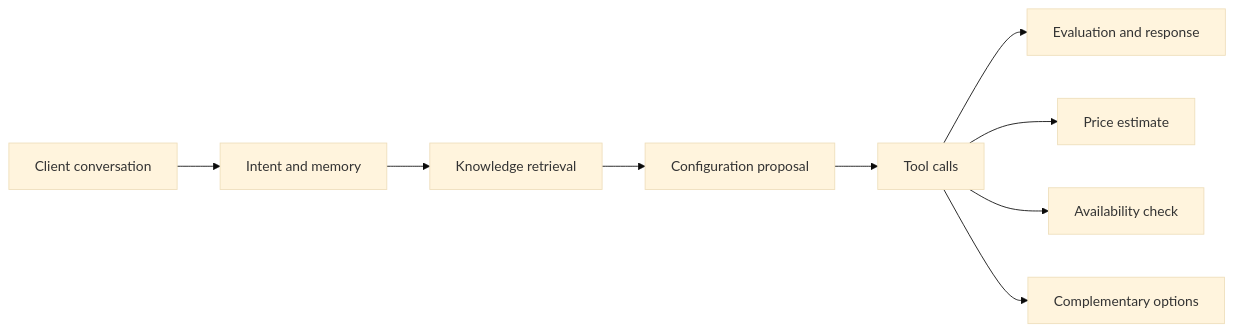
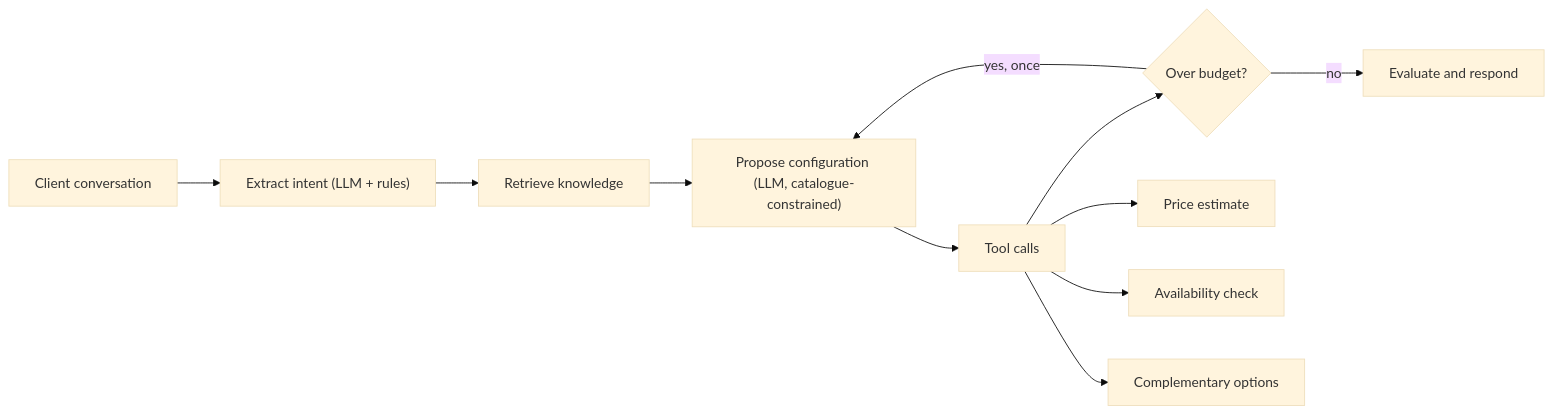
One commit to srohitsuryaa21/luxury-concierge-agent changed the diagram in README.md. Above: the diagram before and after it, drawn with Mermaid (base theme). The commit also changed other lines of this file and 27 other files, not shown here.

````diff
--- a/README.md
+++ b/README.md
@@ -56,11 +78,13 @@
 ```mermaid
 flowchart LR
-    A["Client conversation"] --> B["Intent and memory"]
-    B --> C["Knowledge retrieval"]
-    C --> D["Configuration proposal"]
+    A["Client conversation"] --> B["Extract intent (LLM + rules)"]
+    B --> C["Retrieve knowledge"]
+    C --> D["Propose configuration (LLM, catalogue-constrained)"]
     D --> E["Tool calls"]
-    E --> F["Evaluation and response"]
-    E --> G["Price estimate"]
-    E --> H["Availability check"]
-    E --> I["Complementary options"]
+    E --> F{"Over budget?"}
+    F -- "yes, once" --> D
+    F -- "no" --> G["Evaluate and respond"]
+    E --> H["Price estimate"]
+    E --> I["Availability check"]
+    E --> J["Complementary options"]
 ```
````
